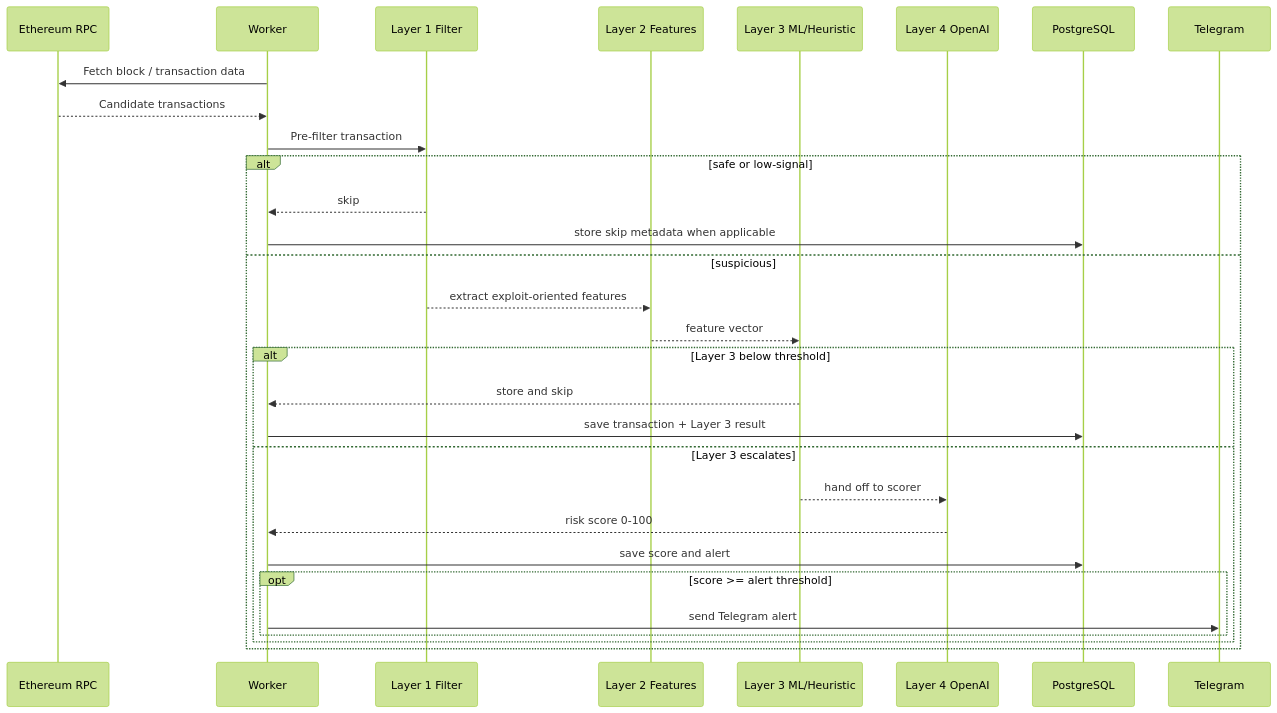
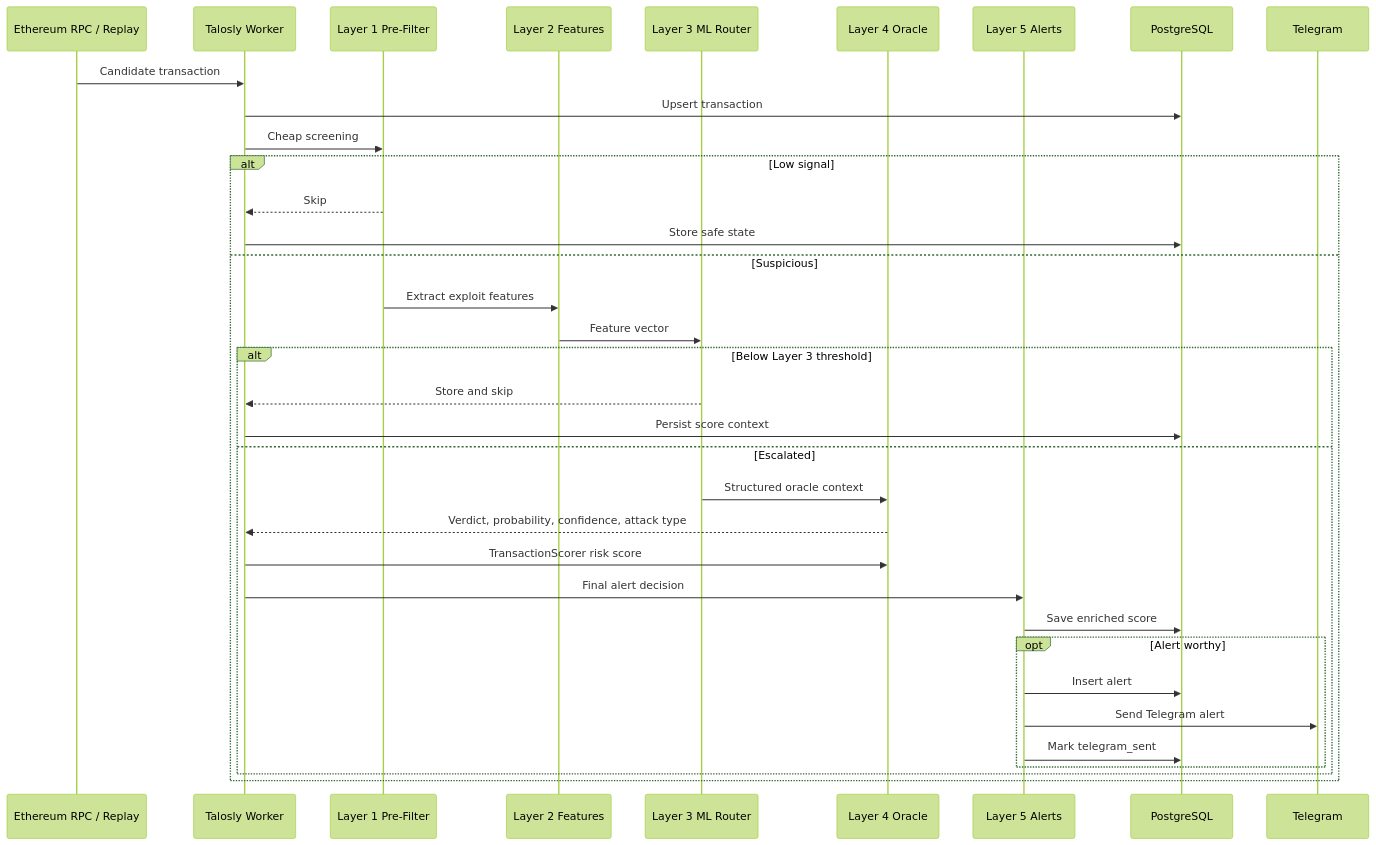
The second of 6 diagrams in README.md (hasansazly/Talosly-startup), drawn with Mermaid (forest theme) before and after one commit. The commit also changed other lines of this file, not shown here.

````diff
--- a/README.md
+++ b/README.md
@@ -91,33 +95,38 @@
 ```mermaid
 sequenceDiagram
-  participant RPC as Ethereum RPC
-  participant W as Worker
-  participant L1 as Layer 1 Filter
+  participant Chain as Ethereum RPC / Replay
+  participant Worker as Talosly Worker
+  participant L1 as Layer 1 Pre-Filter
   participant L2 as Layer 2 Features
-  participant L3 as Layer 3 ML/Heuristic
-  participant L4 as Layer 4 OpenAI
+  participant L3 as Layer 3 ML Router
+  participant L4 as Layer 4 Oracle
+  participant L5 as Layer 5 Alerts
   participant DB as PostgreSQL
   participant TG as Telegram
 
-  W->>RPC: Fetch block / transaction data
-  RPC-->>W: Candidate transactions
-  W->>L1: Pre-filter transaction
-  alt safe or low-signal
-    L1-->>W: skip
-    W->>DB: store skip metadata when applicable
-  else suspicious
-    L1-->>L2: extract exploit-oriented features
-    L2-->>L3: feature vector
-    alt Layer 3 below threshold
-      L3-->>W: store and skip
-      W->>DB: save transaction + Layer 3 result
-    else Layer 3 escalates
-      L3-->>L4: hand off to scorer
-      L4-->>W: risk score 0-100
-      W->>DB: save score and alert
-      opt score >= alert threshold
-        W->>TG: send Telegram alert
+  Chain->>Worker: Candidate transaction
+  Worker->>DB: Upsert transaction
+  Worker->>L1: Cheap screening
+  alt Low signal
+    L1-->>Worker: Skip
+    Worker->>DB: Store safe state
+  else Suspicious
+    L1->>L2: Extract exploit features
+    L2->>L3: Feature vector
+    alt Below Layer 3 threshold
+      L3-->>Worker: Store and skip
+      Worker->>DB: Persist score context
+    else Escalated
+      L3->>L4: Structured oracle context
+      L4-->>Worker: Verdict, probability, confidence, attack type
+      Worker->>L4: TransactionScorer risk score
+      Worker->>L5: Final alert decision
+      L5->>DB: Save enriched score
+      opt Alert worthy
+        L5->>DB: Insert alert
+        L5->>TG: Send Telegram alert
+        L5->>DB: Mark telegram_sent
       end
     end
   end
 ```
````
